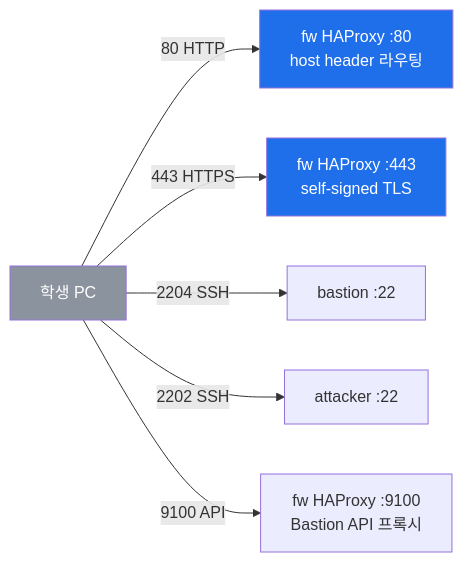
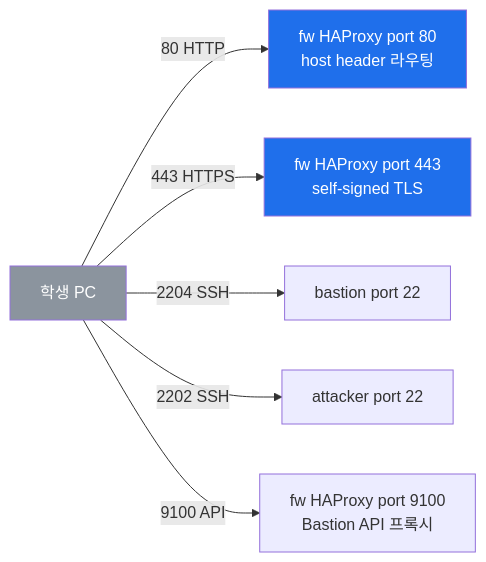
The fifth of 10 diagrams in contents/standalone/lecture/secuops/week01.md (mrgrit/ccc), drawn with Mermaid before and after one commit. The commit also changed other lines of this file and 3 other files, not shown here.

First line of the commit message:
fix(ui): mermaid 렌더링 보강 (securityLevel loose + setTimeout) + W01 mermaid syntax + W02 재작성

````diff
--- a/contents/standalone/lecture/secuops/week01.md
+++ b/contents/standalone/lecture/secuops/week01.md
@@ -387,12 +387,12 @@
 ```mermaid
 graph LR
     PC[학생 PC]
-    PC -->|80 HTTP| FW80[fw HAProxy :80<br/>host header 라우팅]
-    PC -->|443 HTTPS| FW443[fw HAProxy :443<br/>self-signed TLS]
-    PC -->|2204 SSH| BASTION[bastion :22]
-    PC -->|2202 SSH| ATTACKER[attacker :22]
-    PC -->|9100 API| FWAPI[fw HAProxy :9100<br/>Bastion API 프록시]
+    PC -->|80 HTTP| FW80["fw HAProxy port 80<br/>host header 라우팅"]
+    PC -->|443 HTTPS| FW443["fw HAProxy port 443<br/>self-signed TLS"]
+    PC -->|2204 SSH| BASTION["bastion port 22"]
+    PC -->|2202 SSH| ATTACKER["attacker port 22"]
+    PC -->|9100 API| FWAPI["fw HAProxy port 9100<br/>Bastion API 프록시"]
     style PC fill:#8b949e,color:#fff
     style FW80 fill:#1f6feb,color:#fff
     style FW443 fill:#1f6feb,color:#fff
 ```
````
